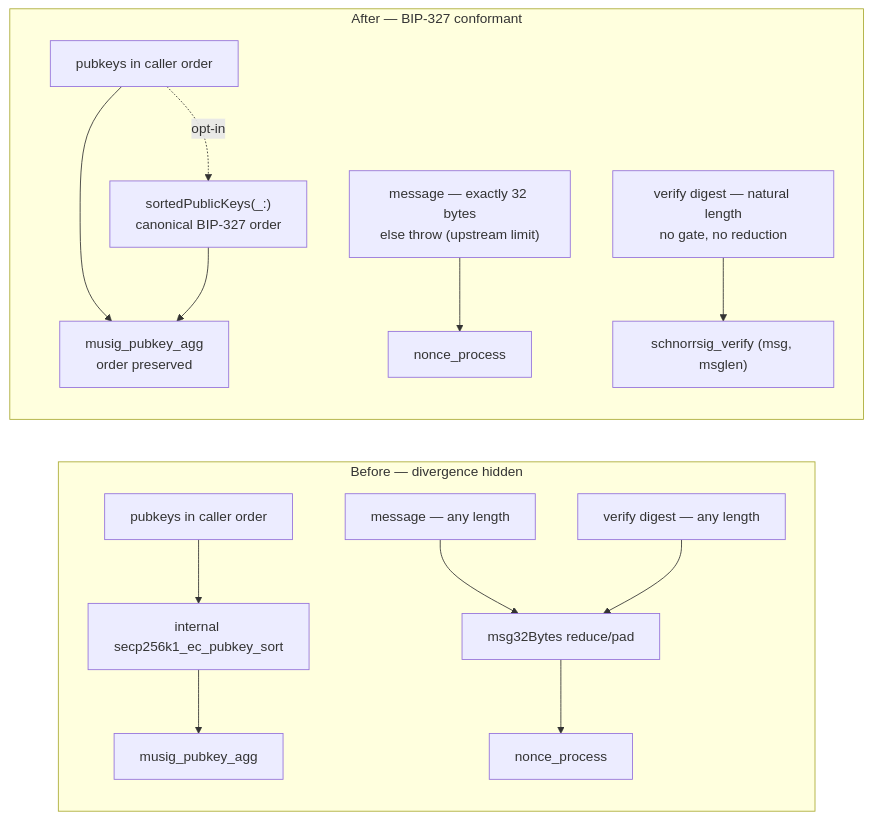
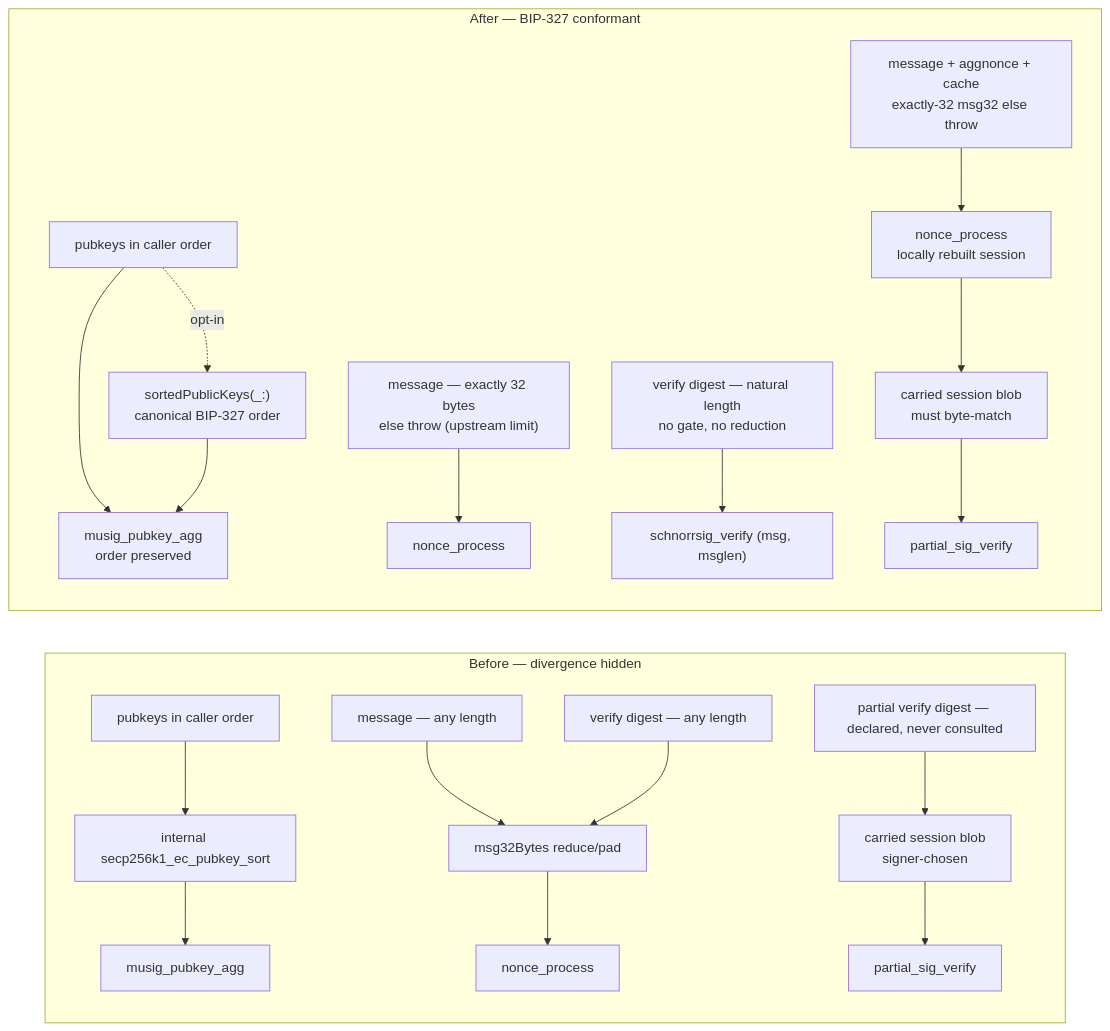
The sixth of 7 diagrams in Development/Specs/004-audit-hardening/plan.md (21-DOT-DEV/swift-secp256k1), drawn with Mermaid before and after one commit. The commit also changed other lines of this file and 7 other files, not shown here.

````diff
--- a/Development/Specs/004-audit-hardening/plan.md
+++ b/Development/Specs/004-audit-hardening/plan.md
@@ -618,14 +638,16 @@
 ```mermaid
 flowchart LR
     subgraph before["Before — divergence hidden"]
         keys["pubkeys in caller order"] --> sort["internal secp256k1_ec_pubkey_sort"] --> agg["musig_pubkey_agg"]
         msg["message — any length"] --> red["msg32Bytes reduce/pad"] --> proc["nonce_process"]
         dig["verify digest — any length"] --> red
+        pdig["partial verify digest — declared, never consulted"] --> blob["carried session blob<br/>signer-chosen"] --> pver["partial_sig_verify"]
     end
     subgraph after["After — BIP-327 conformant"]
         keys2["pubkeys in caller order"] --> agg2["musig_pubkey_agg<br/>order preserved"]
         keys2 -.->|"opt-in"| helper["sortedPublicKeys(_:)<br/>canonical BIP-327 order"] --> agg2
         msg2["message — exactly 32 bytes<br/>else throw (upstream limit)"] --> proc2["nonce_process"]
         dig2["verify digest — natural length<br/>no gate, no reduction"] --> ver["schnorrsig_verify (msg, msglen)"]
+        pdig2["message + aggnonce + cache<br/>exactly-32 msg32 else throw"] --> proc3["nonce_process<br/>locally rebuilt session"] --> match["carried session blob<br/>must byte-match"] --> pver2["partial_sig_verify"]
     end
 ```
````
